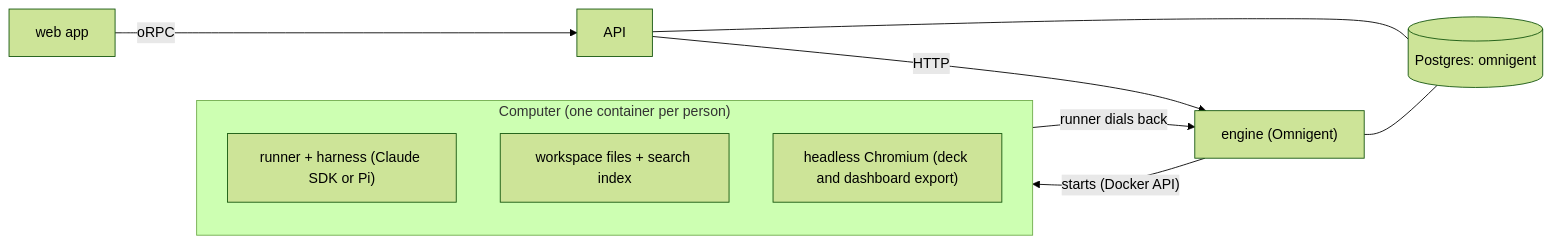
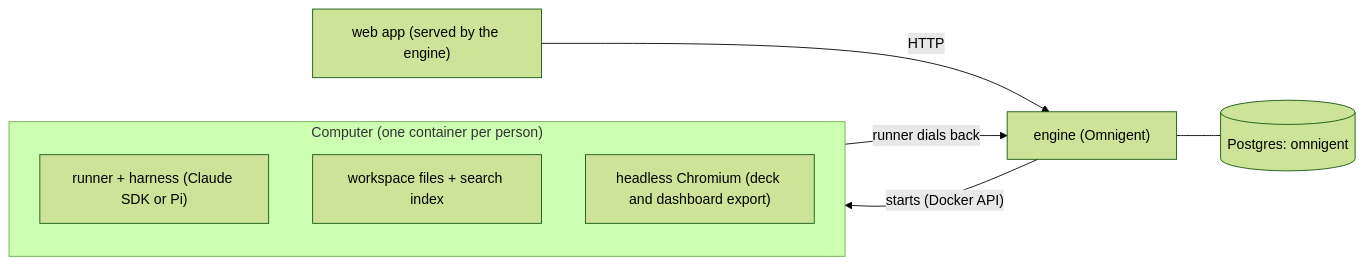
Before and after one commit to routifai/superchat-test: the diagram in README.md, drawn with Mermaid (forest theme). The commit also changed other lines of this file and 1191 other files, not shown here.

First line of the commit message:
superchat: the engine is the app

````diff
--- a/README.md
+++ b/README.md
@@ -5,14 +5,12 @@
 ```mermaid
 flowchart LR
-  web["web app"] -- oRPC --> api["API"]
-  api -- HTTP --> engine["engine (Omnigent)"]
-  api --- db[("Postgres: omnigent")]
-  engine --- db
+  web["web app (served by the engine)"] -- HTTP --> engine["engine (Omnigent)"]
+  engine --- db[("Postgres: omnigent")]
   engine -- "starts (Docker API)" --> box
   box -- "runner dials back" --> engine
   subgraph box["Computer (one container per person)"]
     runner["runner + harness (Claude SDK or Pi)"]
     files["workspace files + search index"]
     chromium["headless Chromium (deck and dashboard export)"]
   end
 ```
````
